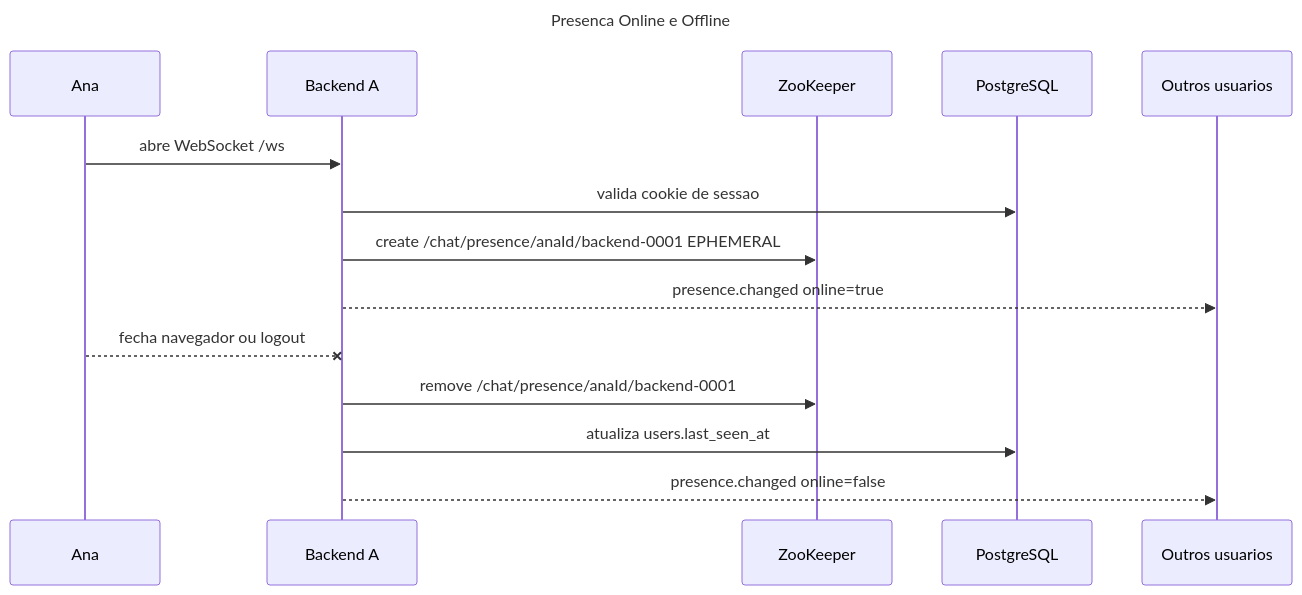
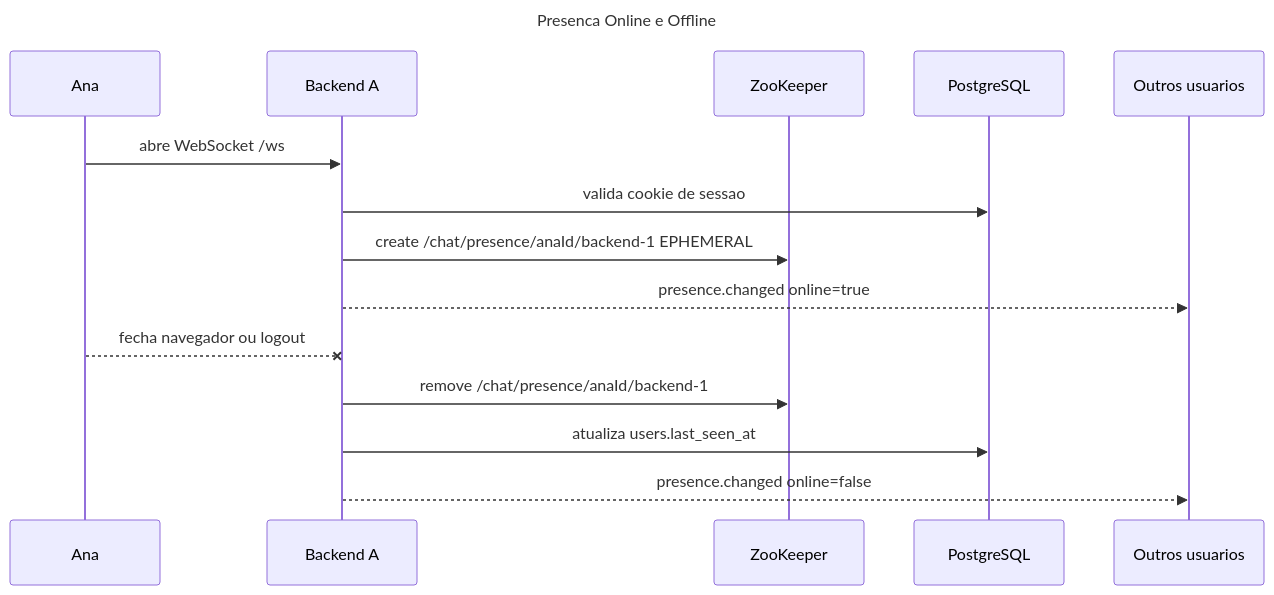
The fifth of 10 diagrams in docs/diagrams.md (jvmr1/chat-distribuido), drawn with Mermaid before and after one commit. The commit also changed other lines of this file and 6 other files, not shown here.

````diff
--- a/docs/diagrams.md
+++ b/docs/diagrams.md
@@ -138,21 +135,21 @@
 ```mermaid
 ---
 title: Presenca Online e Offline
 ---
 sequenceDiagram
   participant Ana as Ana
   participant B1 as Backend A
   participant ZK as ZooKeeper
   participant DB as PostgreSQL
   participant Outros as Outros usuarios
 
   Ana->>B1: abre WebSocket /ws
   B1->>DB: valida cookie de sessao
-  B1->>ZK: create /chat/presence/anaId/backend-0001 EPHEMERAL
+  B1->>ZK: create /chat/presence/anaId/backend-1 EPHEMERAL
   B1-->>Outros: presence.changed online=true
 
   Ana--xB1: fecha navegador ou logout
-  B1->>ZK: remove /chat/presence/anaId/backend-0001
+  B1->>ZK: remove /chat/presence/anaId/backend-1
   B1->>DB: atualiza users.last_seen_at
   B1-->>Outros: presence.changed online=false
 ```
````
